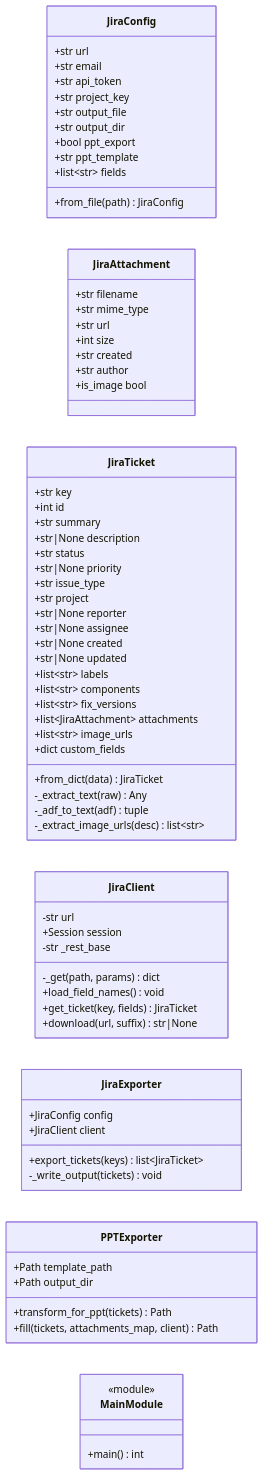
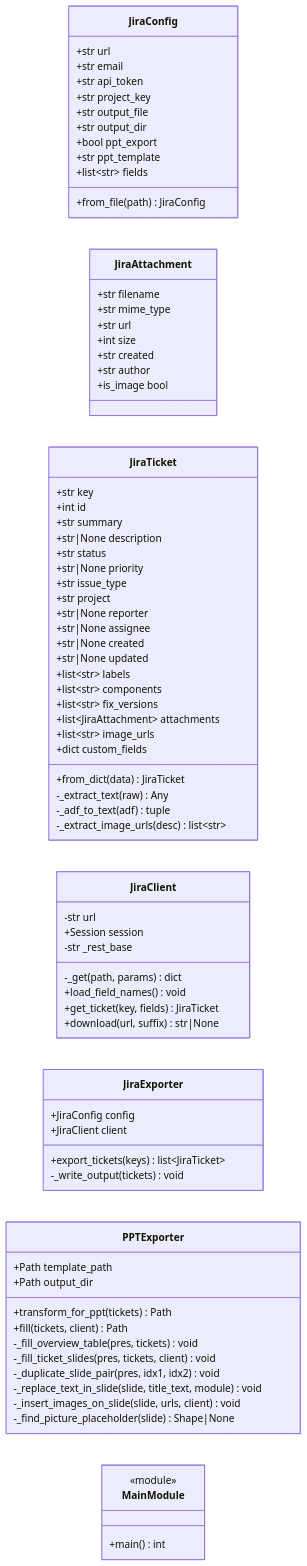
Before and after one commit to baochen-rw/JIRA-exporter: the first of 3 diagrams in design/detailed design.md, drawn with Mermaid. The commit also changed other lines of this file and 5 other files, not shown here.

```diff
--- a/design/detailed design.md
+++ b/design/detailed design.md
@@ -77,7 +77,13 @@
         +Path template_path
         +Path output_dir
         +transform_for_ppt(tickets) Path
-        +fill(tickets, attachments_map, client) Path
+        +fill(tickets, client) Path
+        -_fill_overview_table(pres, tickets) void
+        -_fill_ticket_slides(pres, tickets, client) void
+        -_duplicate_slide_pair(pres, idx1, idx2) void
+        -_replace_text_in_slide(slide, title_text, module) void
+        -_insert_images_on_slide(slide, urls, client) void
+        -_find_picture_placeholder(slide) Shape|None
     }
 
     class MainModule {
```
